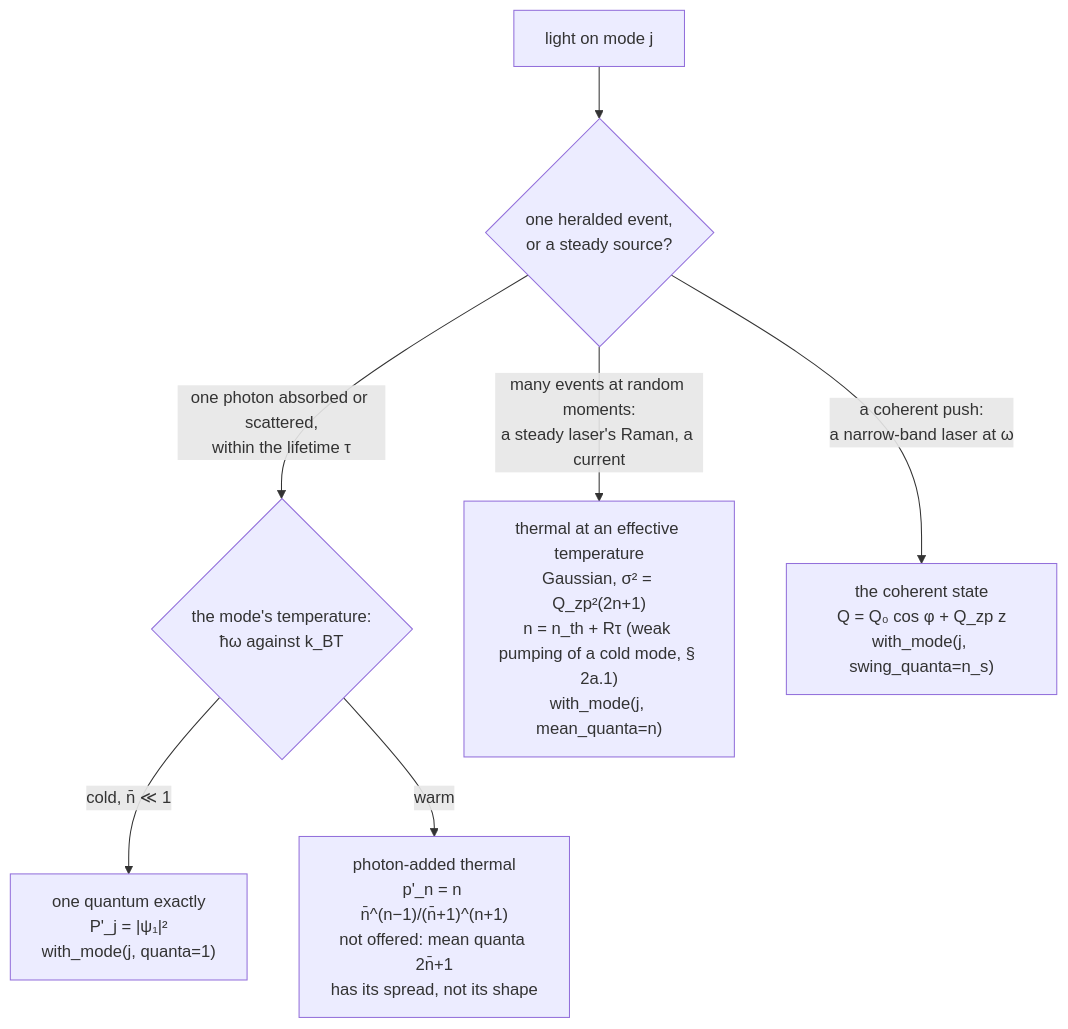
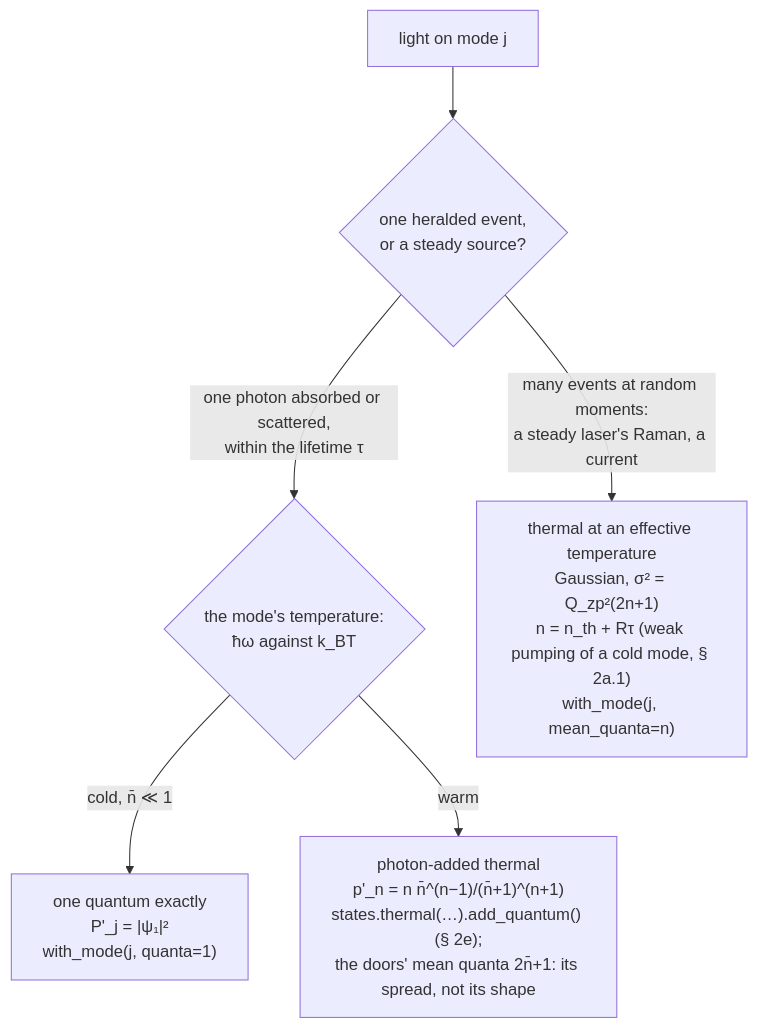
The fourth of 11 diagrams in docs/science/vibrational-averaging.md (Qing-LAB/molbuilder), drawn with Mermaid before and after one commit. The commit also changed other lines of this file and 44 other files, not shown here.

````diff
--- a/docs/science/vibrational-averaging.md
+++ b/docs/science/vibrational-averaging.md
@@ -1271,9 +1157,8 @@
 ```mermaid
 flowchart TD
     L["light on mode j"] --> H{"one heralded event,<br/>or a steady source?"}
     H -->|"one photon absorbed or scattered,<br/>within the lifetime τ"| W{"the mode's temperature:<br/>ħω against k_BT"}
     W -->|"cold, n̄ ≪ 1"| N1["one quantum exactly<br/>P'_j = |ψ₁|²<br/>with_mode(j, quanta=1)"]
-    W -->|"warm"| PA["photon-added thermal<br/>p'_n = n n̄^(n−1)/(n̄+1)^(n+1)<br/>not offered: mean quanta 2n̄+1<br/>has its spread, not its shape"]
+    W -->|"warm"| PA["photon-added thermal<br/>p'_n = n n̄^(n−1)/(n̄+1)^(n+1)<br/>states.thermal(…).add_quantum() (§ 2e);<br/>the doors' mean quanta 2n̄+1: its spread, not its shape"]
     H -->|"many events at random moments:<br/>a steady laser's Raman, a current"| TE["thermal at an effective temperature<br/>Gaussian, σ² = Q_zp²(2n+1)<br/>n = n_th + Rτ (weak pumping of a cold mode, § 2a.1)<br/>with_mode(j, mean_quanta=n)"]
-    H -->|"a coherent push:<br/>a narrow-band laser at ω"| CS["the coherent state<br/>Q = Q₀ cos φ + Q_zp z<br/>with_mode(j, swing_quanta=n_s)"]
 ```
````
